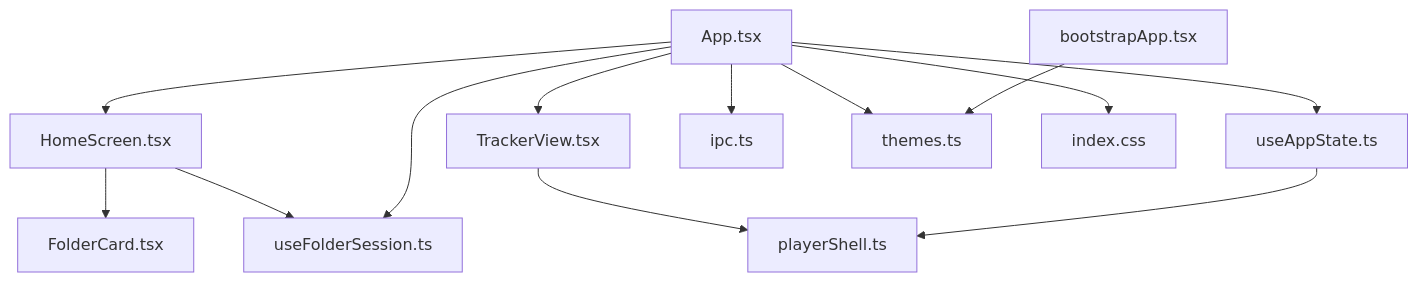
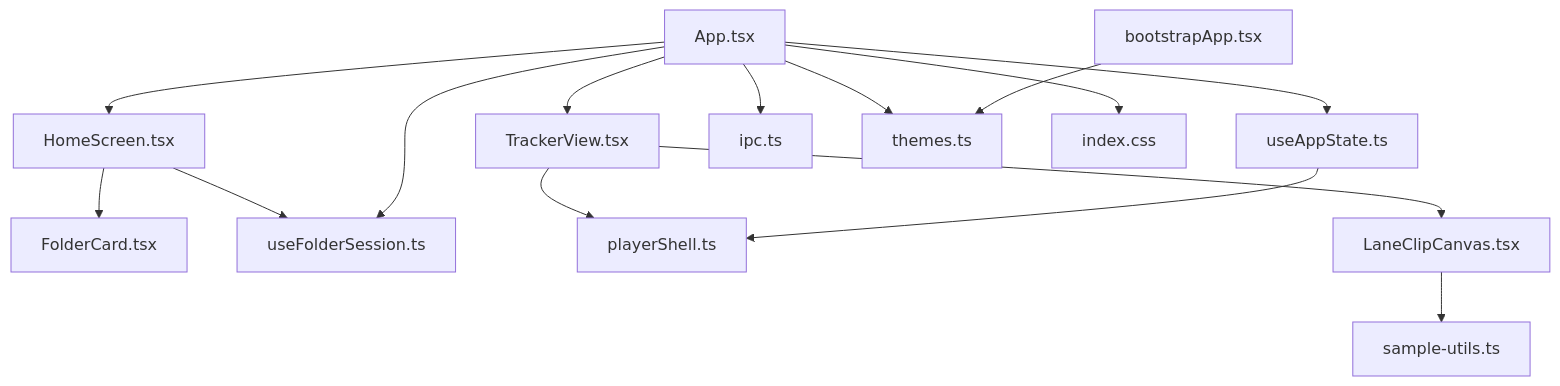
The seventh of 7 diagrams in .qoder/repowiki/en/content/Core Components/UI Components.md (satyrlord/mixjam-electron), drawn with Mermaid before and after one commit. The commit also changed other lines of this file and 14 other files, not shown here.

````diff
--- a/.qoder/repowiki/en/content/Core Components/UI Components.md
+++ b/.qoder/repowiki/en/content/Core Components/UI Components.md
@@ -345,15 +488,17 @@
 ```mermaid
 graph TB
 Home["HomeScreen.tsx"] --> FolderCard["FolderCard.tsx"]
 Home --> FS["useFolderSession.ts"]
 App["App.tsx"] --> Home
 App --> Tracker["TrackerView.tsx"]
 App --> FS
 App --> AS["useAppState.ts"]
 Tracker --> PS["playerShell.ts"]
+Tracker --> LCC["LaneClipCanvas.tsx"]
+LCC --> SU["sample-utils.ts"]
 AS --> PS
 App --> IPC["ipc.ts"]
 App --> Theme["themes.ts"]
 App --> Styles["index.css"]
 Bootstrap["bootstrapApp.tsx"] --> Theme
 ```
````
